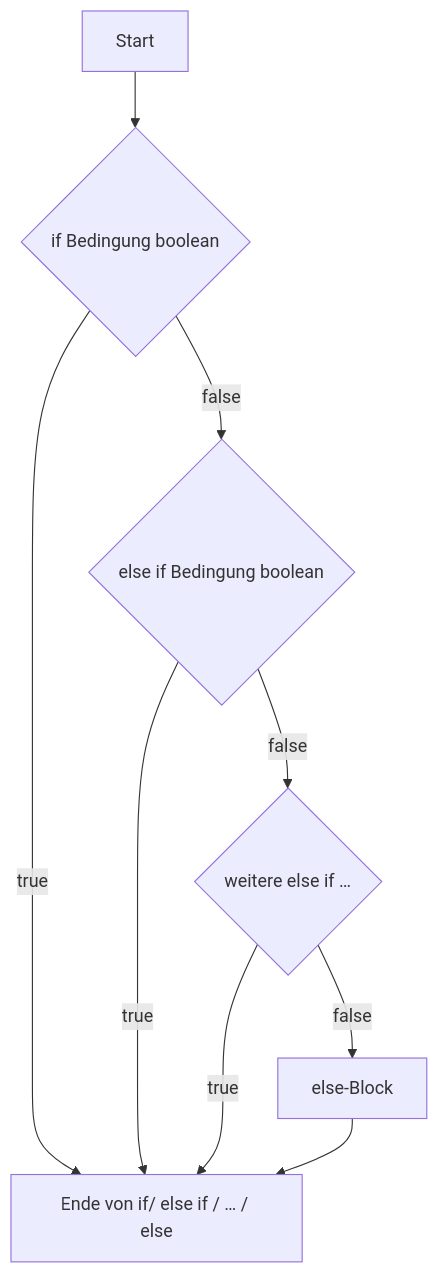
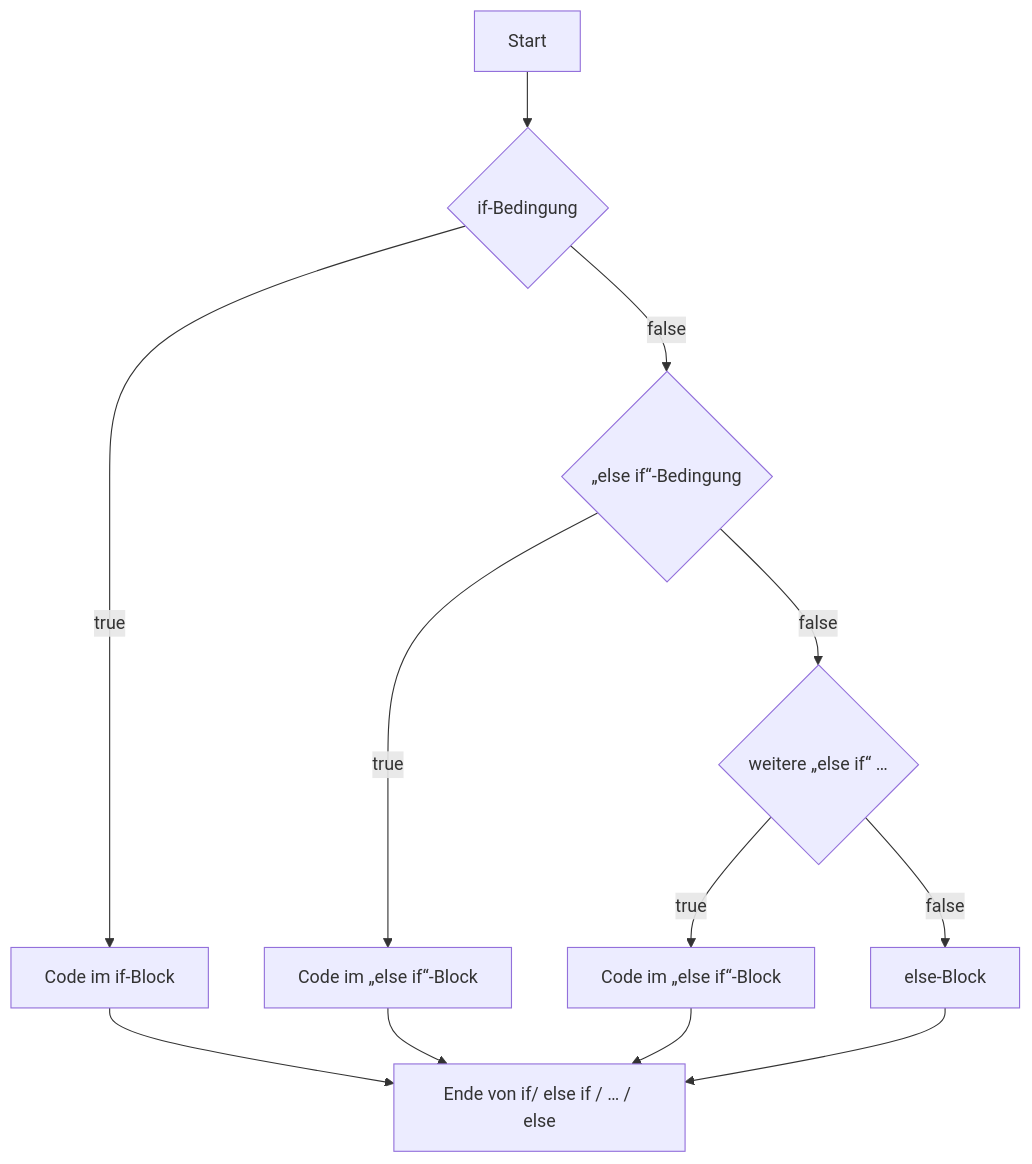
The diagram in pages/prog/03-logic-structure/03-if.mdx (behrends/workshops), drawn with Mermaid before and after one commit.

Commit message:
Prog: Mermaid refined

````diff
--- a/pages/prog/03-logic-structure/03-if.mdx
+++ b/pages/prog/03-logic-structure/03-if.mdx
@@ -48,11 +48,14 @@
 ```mermaid
 graph TD
-    A[Start] --> B{if Bedingung boolean}
-    B -->|true| F[Ende von if/ else if / … / else]
-    B -->|false| C{else if Bedingung boolean}
-    C -->|true| F
-    C -->|false| D{weitere else if …}
-    D -->|true| F
+    A[Start] --> B{if-Bedingung}
+    B -->|true| BB[Code im if-Block]
+    BB --> F[Ende von if/ else if / … / else]
+    B -->|false| C{„else if“-Bedingung}
+    C -->|true| CC[Code im „else if“-Block]
+    CC --> F
+    C -->|false| D{weitere „else if“ …}
+    D -->|true| DD[Code im „else if“-Block]
+    DD --> F
     D -->|false| E[else-Block]
     E --> F
 ```
````
